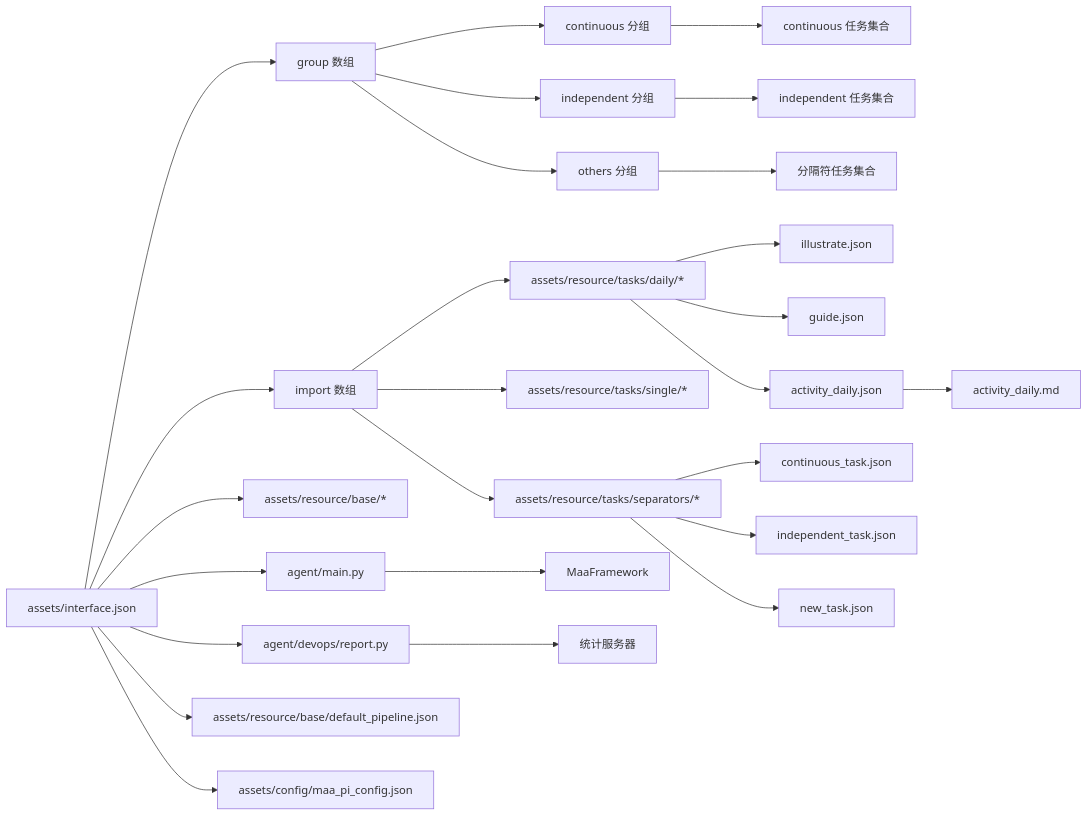
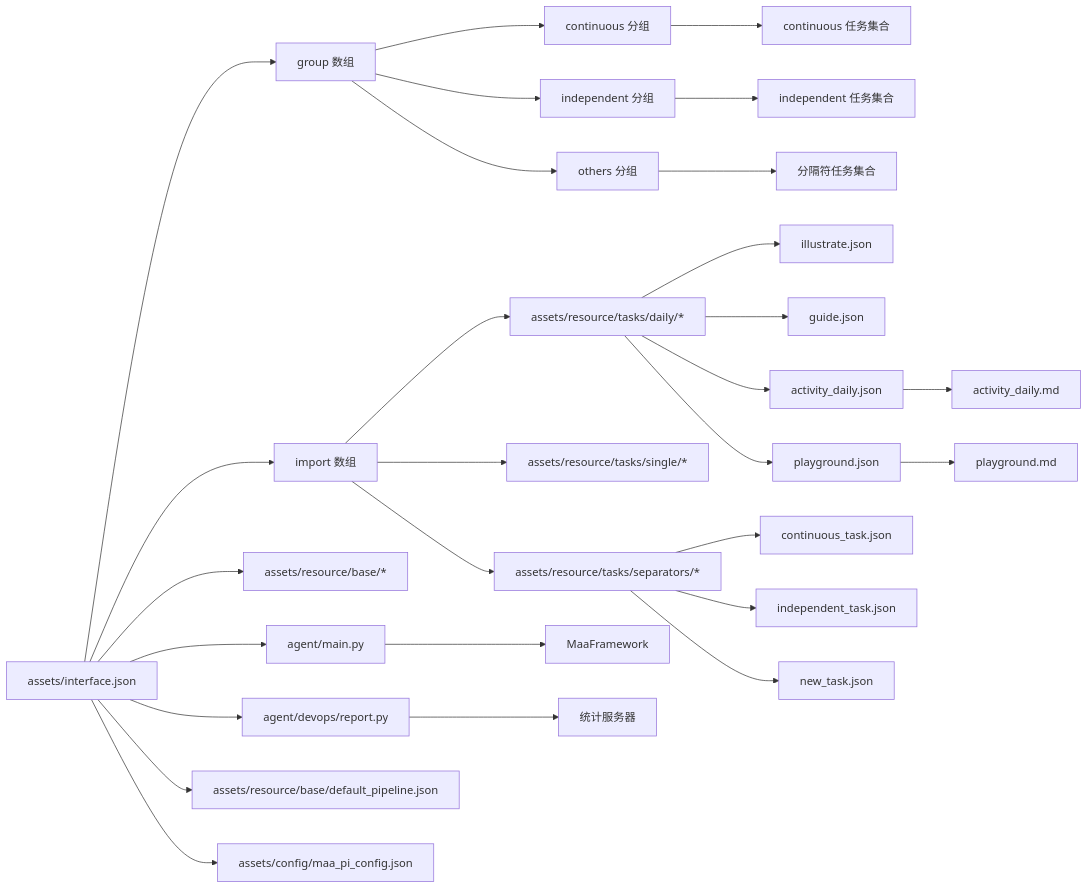
Before and after one commit to kqcoxn/MaaDuDuL: the eighth of 8 diagrams in .qoder/repowiki/zh/content/系统架构与设计/配置体系与资源管理/界面接口配置/界面接口配置.md, drawn with Mermaid. The commit also changed other lines of this file and 12 other files, not shown here.

````diff
--- a/.qoder/repowiki/zh/content/系统架构与设计/配置体系与资源管理/界面接口配置/界面接口配置.md
+++ b/.qoder/repowiki/zh/content/系统架构与设计/配置体系与资源管理/界面接口配置/界面接口配置.md
@@ -533,28 +563,30 @@
 ```mermaid
 graph LR
 IF["assets/interface.json"] --> GROUP["group 数组"]
 IF --> IMPORT["import 数组"]
 GROUP --> CONT["continuous 分组"]
 GROUP --> INDEP["independent 分组"]
 GROUP --> OTHERS["others 分组"]
 IMPORT --> DAILY["assets/resource/tasks/daily/*"]
 IMPORT --> SINGLE["assets/resource/tasks/single/*"]
 IMPORT --> SEPARATORS["assets/resource/tasks/separators/*"]
 IF --> RES["assets/resource/base/*"]
 IF --> AG["agent/main.py"]
 IF --> DEVOPS["agent/devops/report.py"]
 AG --> FW["MaaFramework"]
 DEVOPS --> SERVER["统计服务器"]
 IF --> PIPE["assets/resource/base/default_pipeline.json"]
 IF --> CFG["assets/config/maa_pi_config.json"]
 DAILY --> ILLUSTRATE["illustrate.json"]
 DAILY --> GUIDE["guide.json"]
 DAILY --> ACTIVITY["activity_daily.json"]
+DAILY --> PLAYGROUND["playground.json"]
 SEPARATORS --> CONTINUOUS["continuous_task.json"]
 SEPARATORS --> INDEPENDENT["independent_task.json"]
 SEPARATORS --> NEW["new_task.json"]
 CONT --> TASKS1["continuous 任务集合"]
 INDEP --> TASKS2["independent 任务集合"]
 OTHERS --> TASKS3["分隔符任务集合"]
 ACTIVITY --> ACTIVITY_DESC["activity_daily.md"]
+PLAYGROUND --> PLAYGROUND_DESC["playground.md"]
 ```
````
